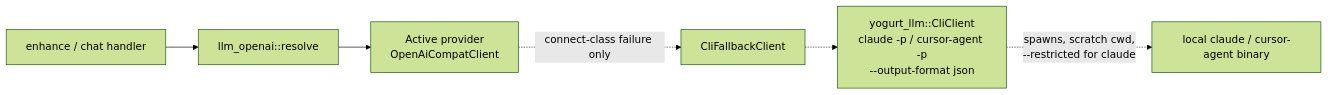
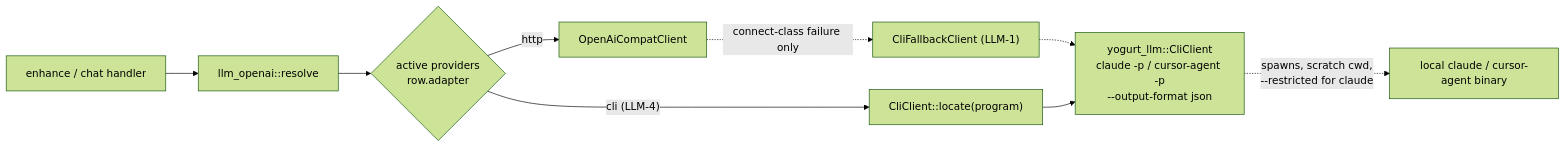
Before and after one commit to jarvisrchen/yogurt: the ninth of 12 diagrams in docs/ARCHITECTURE.md, drawn with Mermaid (forest theme). The commit also changed other lines of this file and 24 other files, not shown here.

````diff
--- a/docs/ARCHITECTURE.md
+++ b/docs/ARCHITECTURE.md
@@ -541,8 +541,11 @@
 ```mermaid
 graph LR
     ENH2["enhance / chat handler"] --> RES["llm_openai::resolve"]
-    RES --> PRIM["Active provider<br/>OpenAiCompatClient"]
-    PRIM -.->|"connect-class failure only"| FB["CliFallbackClient"]
+    RES --> ROW{"active providers<br/>row.adapter"}
+    ROW -->|"http"| PRIM["OpenAiCompatClient"]
+    ROW -->|"cli (LLM-4)"| DIRECT["CliClient::locate(program)"]
+    PRIM -.->|"connect-class failure only"| FB["CliFallbackClient (LLM-1)"]
     FB -.-> CLI["yogurt_llm::CliClient<br/>claude -p / cursor-agent -p<br/>--output-format json"]
+    DIRECT --> CLI
     CLI -.->|"spawns, scratch cwd,<br/>--restricted for claude"| BIN["local claude / cursor-agent binary"]
 ```
````
